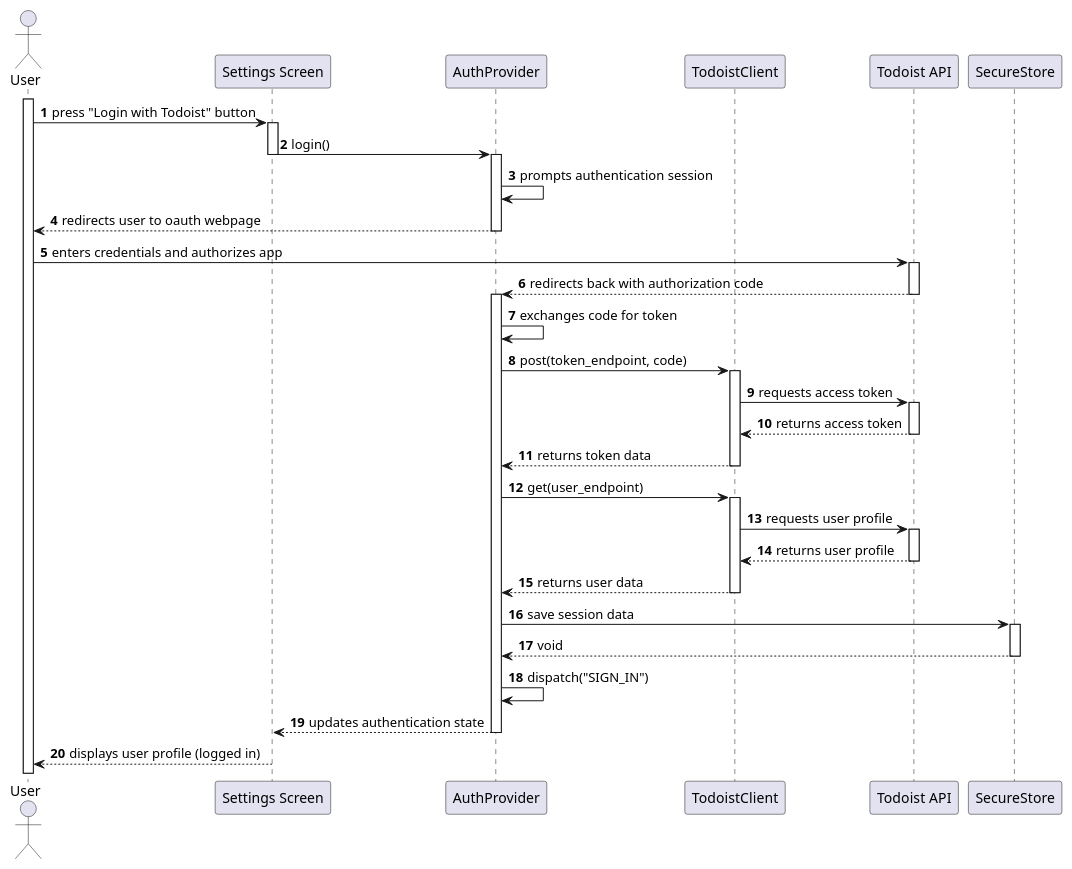
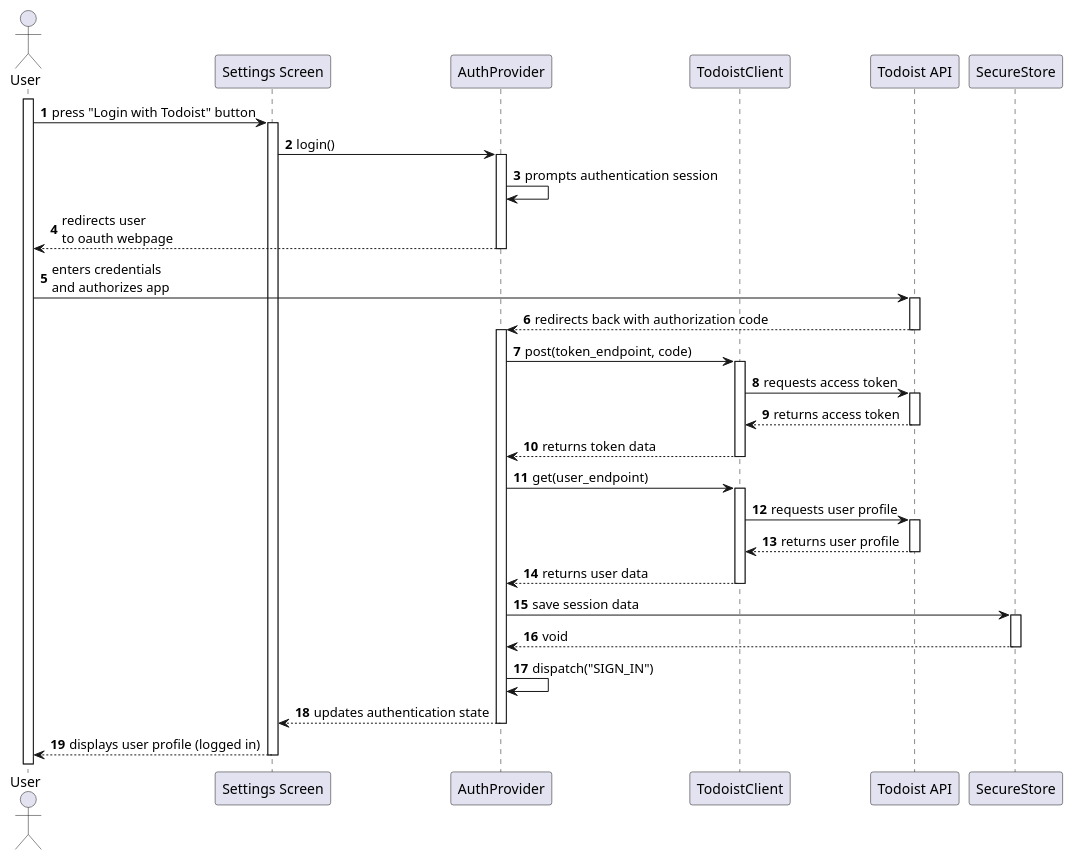
The diagram in docs/UC06/puml/SD.puml (isneru/DSSMV_ProjectReact_1240567_1241692), drawn with PlantUML before and after one commit. The commit also changed 11 other files, not shown here.

Commit message:
diagrams last touches

```diff
--- a/docs/UC06/puml/SD.puml
+++ b/docs/UC06/puml/SD.puml
@@ -1,60 +1,57 @@
 @startuml SD
 autonumber
 
 actor "User" as User
 participant "Settings Screen" as UI
 participant "AuthProvider" as Context
 participant "TodoistClient" as Client
 participant "Todoist API" as API
 participant "SecureStore" as Store
 
 activate User
 User -> UI : press "Login with Todoist" button
 activate UI
 UI -> Context : login()
-deactivate UI
 activate Context
 
 Context -> Context : prompts authentication session
-Context --> User : redirects user to oauth webpage
+Context --> User : redirects user\nto oauth webpage
 deactivate Context
 
-User -> API : enters credentials and authorizes app
+User -> API : enters credentials\nand authorizes app
 activate API
 API --> Context : redirects back with authorization code
 deactivate API
 activate Context
-
-Context -> Context : exchanges code for token
 
 Context -> Client : post(token_endpoint, code)
 activate Client
 Client -> API : requests access token
 activate API
 API --> Client : returns access token
 deactivate API
 Client --> Context : returns token data
 deactivate Client
 
 Context -> Client : get(user_endpoint)
 activate Client
 Client -> API : requests user profile
 activate API
 API --> Client : returns user profile
 deactivate API
 Client --> Context : returns user data
 deactivate Client
 
 Context -> Store : save session data
 activate Store
 Store --> Context : void
 deactivate Store
 
 Context -> Context : dispatch("SIGN_IN")
 Context --> UI : updates authentication state
 deactivate Context
 
 UI --> User : displays user profile (logged in)
 deactivate UI
 
 @enduml
```
